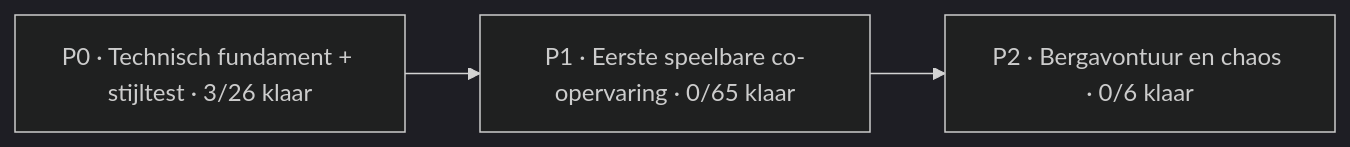
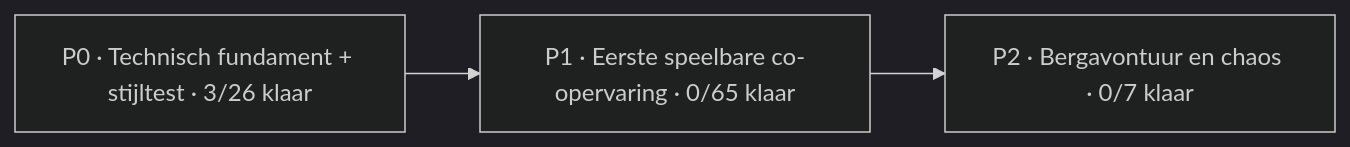
Before and after one commit to mlemson/conductor-chaos: the diagram in Docs/PROJECT_BOARD.md, drawn with Mermaid (dark theme). The commit also changed other lines of this file, not shown here.

````diff
--- a/Docs/PROJECT_BOARD.md
+++ b/Docs/PROJECT_BOARD.md
@@ -13,7 +13,7 @@
 ```mermaid
 flowchart LR
     P0["P0 · Technisch fundament + stijltest · 3/26 klaar"]
     P1["P1 · Eerste speelbare co-opervaring · 0/65 klaar"]
-    P2["P2 · Bergavontuur en chaos · 0/6 klaar"]
+    P2["P2 · Bergavontuur en chaos · 0/7 klaar"]
     P0 --> P1 --> P2
 ```
````
